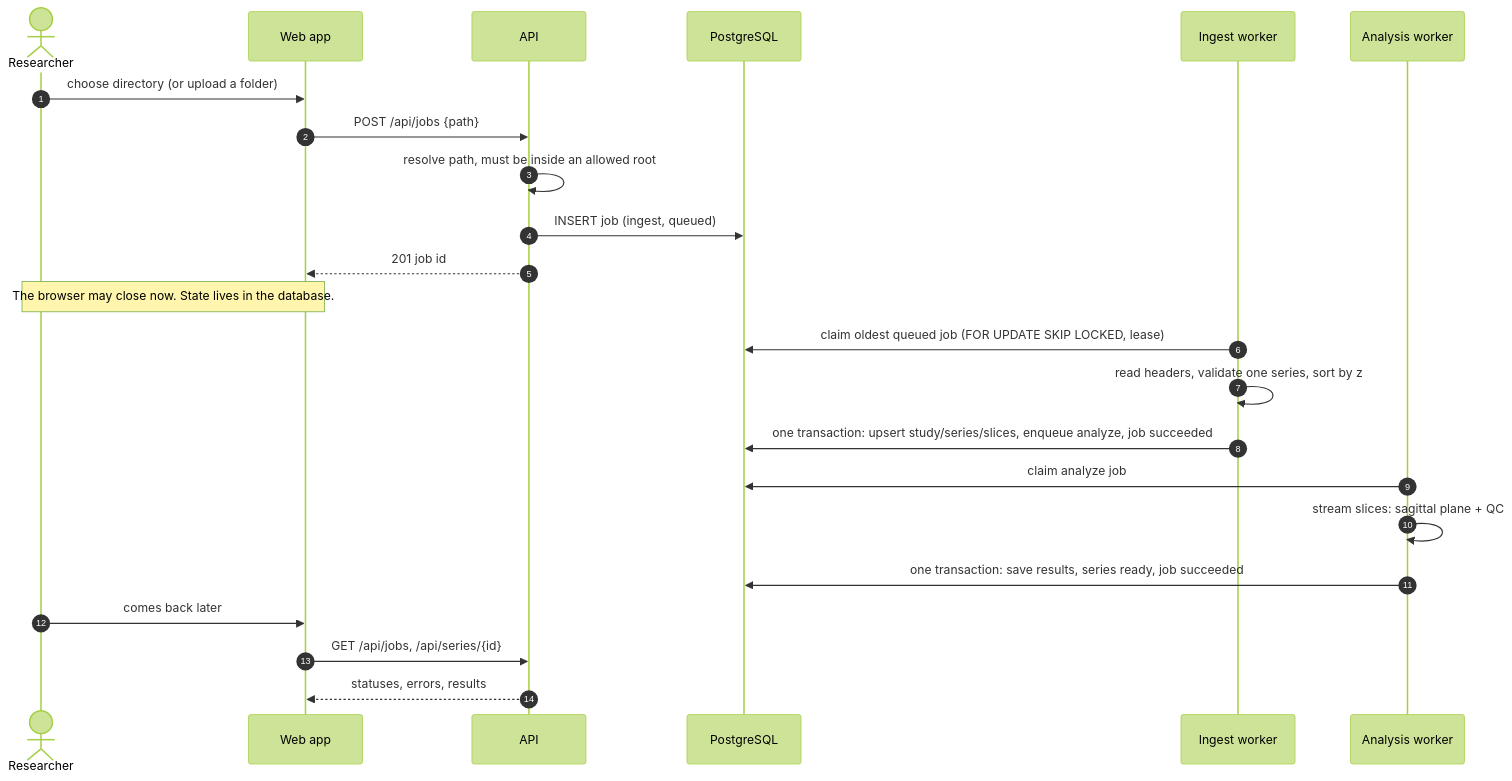
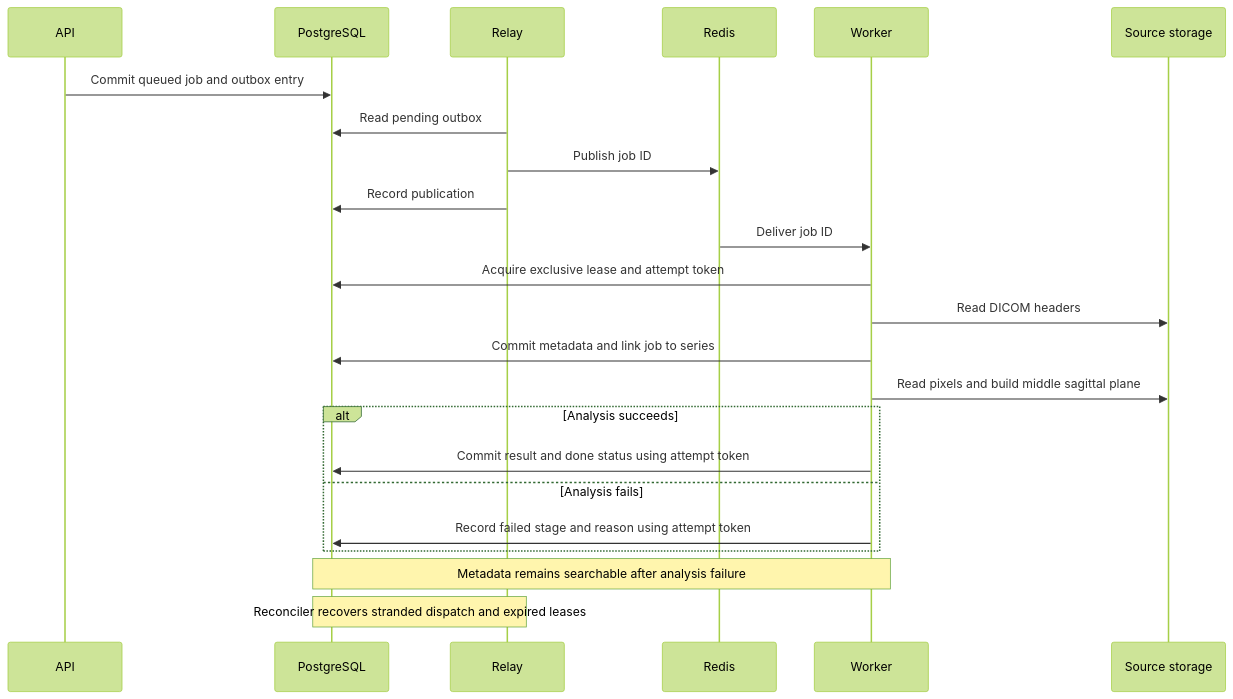
One commit to GilElbaz-Code/ct-dicom-viewer changed the second of 2 diagrams in docs/design.md. Above: the diagram before and after it, drawn with Mermaid (forest theme). The commit also changed other lines of this file and 103 other files, not shown here.

First line of the commit message:
Slim rewrite: uv-based backend, outbox relay, MinIO browser uploads

````diff
--- a/docs/design.md
+++ b/docs/design.md
@@ -73,25 +80,25 @@
 ```mermaid
 sequenceDiagram
-    autonumber
-    actor R as Researcher
-    participant W as Web app
-    participant A as API
-    participant D as PostgreSQL
-    participant I as Ingest worker
-    participant N as Analysis worker
-    R->>W: choose directory (or upload a folder)
-    W->>A: POST /api/jobs {path}
-    A->>A: resolve path, must be inside an allowed root
-    A->>D: INSERT job (ingest, queued)
-    A-->>W: 201 job id
-    Note over R,W: The browser may close now. State lives in the database.
-    I->>D: claim oldest queued job (FOR UPDATE SKIP LOCKED, lease)
-    I->>I: read headers, validate one series, sort by z
-    I->>D: one transaction: upsert study/series/slices, enqueue analyze, job succeeded
-    N->>D: claim analyze job
-    N->>N: stream slices: sagittal plane + QC
-    N->>D: one transaction: save results, series ready, job succeeded
-    R->>W: comes back later
-    W->>A: GET /api/jobs, /api/series/{id}
-    A-->>W: statuses, errors, results
+    participant API
+    participant DB as PostgreSQL
+    participant R as Relay
+    participant Q as Redis
+    participant W as Worker
+    participant S as Source storage
+    API->>DB: Commit queued job and outbox entry
+    R->>DB: Read pending outbox
+    R->>Q: Publish job ID
+    R->>DB: Record publication
+    Q->>W: Deliver job ID
+    W->>DB: Acquire exclusive lease and attempt token
+    W->>S: Read DICOM headers
+    W->>DB: Commit metadata and link job to series
+    W->>S: Read pixels and build middle sagittal plane
+    alt Analysis succeeds
+        W->>DB: Commit result and done status using attempt token
+    else Analysis fails
+        W->>DB: Record failed stage and reason using attempt token
+    end
+    Note over W,DB: Metadata remains searchable after analysis failure
+    Note over R,DB: Reconciler recovers stranded dispatch and expired leases
 ```
````
